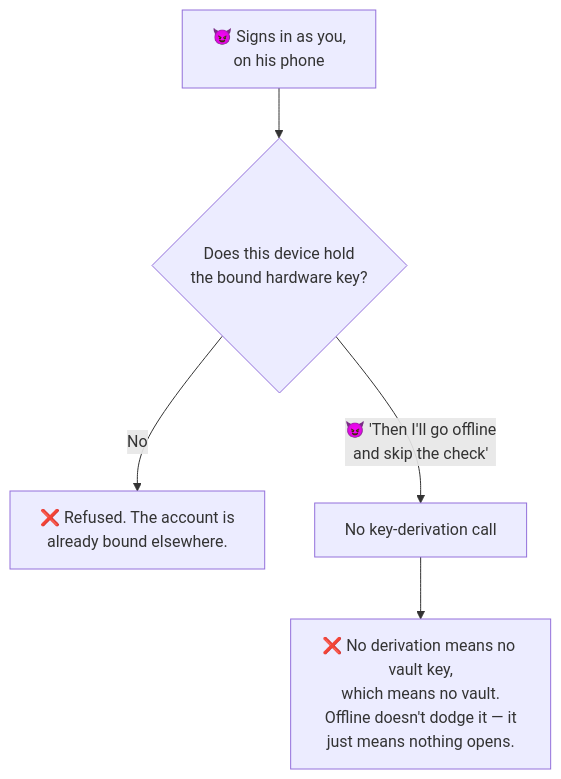
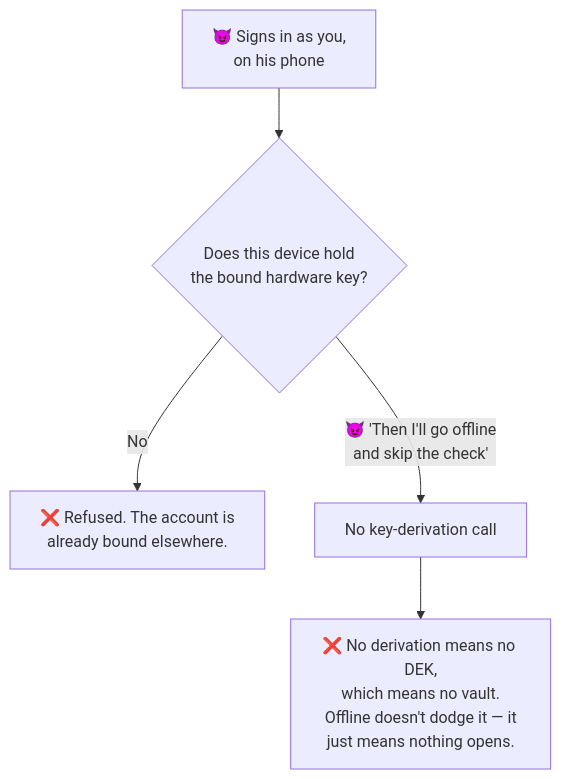
One commit to TuPhung369/passwordepic-website changed the third of 12 diagrams in docs/attack-scenarios.md. Above: the diagram before and after it, drawn with Mermaid. The commit also changed other lines of this file and 22 other files, not shown here.

````diff
--- a/docs/attack-scenarios.md
+++ b/docs/attack-scenarios.md
@@ -98,7 +98,7 @@
 ```mermaid
 flowchart TD
   A["😈 Signs in as you,<br/>on his phone"] --> B{"Does this device hold<br/>the bound hardware key?"}
   B -->|"No"| C["❌ Refused. The account is<br/>already bound elsewhere."]
   B -->|"😈 'Then I'll go offline<br/>and skip the check'"| D["No key-derivation call"]
-  D --> E["❌ No derivation means no vault key,<br/>which means no vault.<br/>Offline doesn't dodge it — it<br/>just means nothing opens."]
+  D --> E["❌ No derivation means no DEK,<br/>which means no vault.<br/>Offline doesn't dodge it — it<br/>just means nothing opens."]
 ```
````
